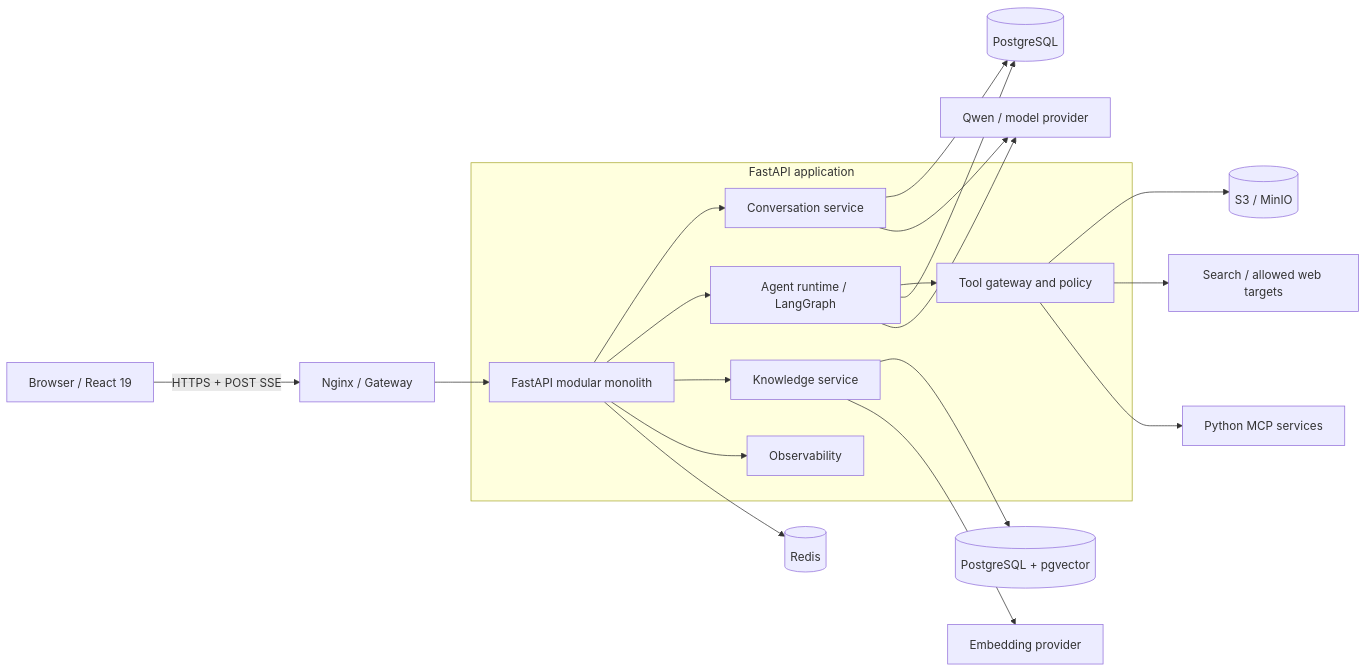
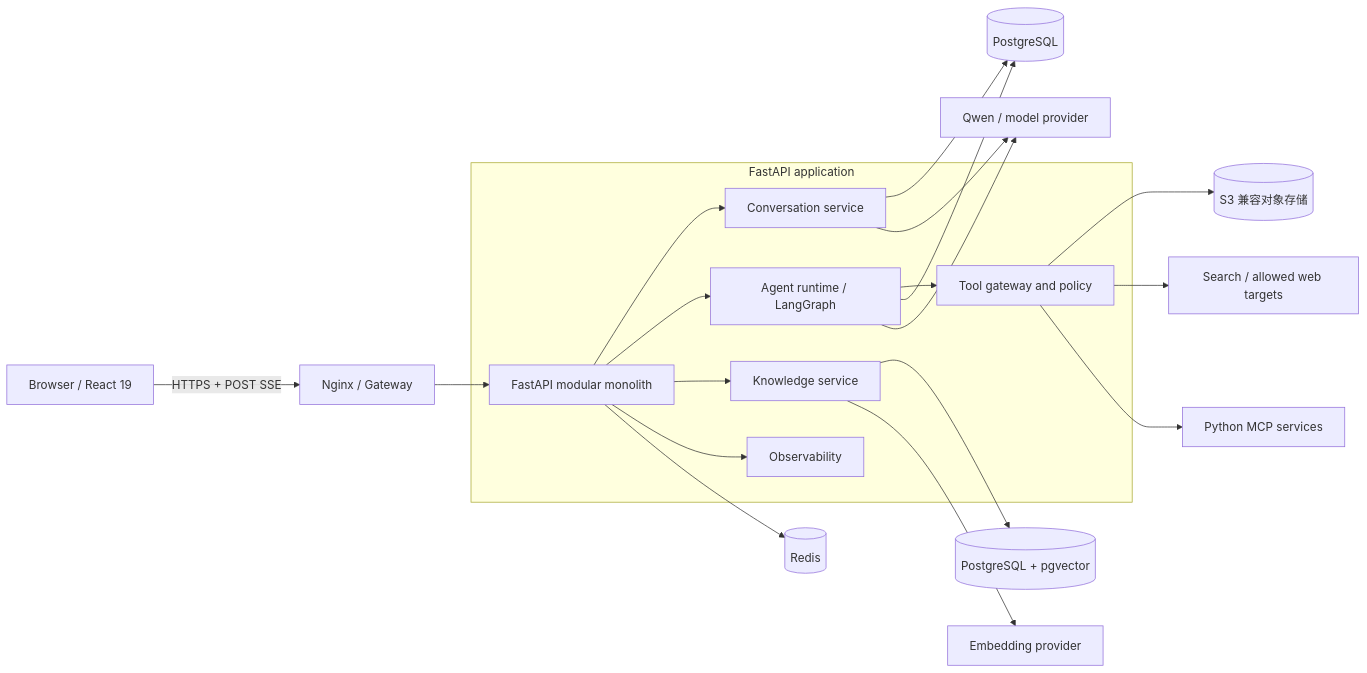
The diagram in docs/PRD-项目重构书.md (carryxiaoguo/ai-agent-langchain4j-SpringAI), drawn with Mermaid before and after one commit. The commit also changed other lines of this file and 7 other files, not shown here.

````diff
--- a/docs/PRD-项目重构书.md
+++ b/docs/PRD-项目重构书.md
@@ -191,24 +191,24 @@
 ```mermaid
 flowchart LR
     U["Browser / React 19"] -->|"HTTPS + POST SSE"| G["Nginx / Gateway"]
     G --> A["FastAPI modular monolith"]
 
     subgraph API["FastAPI application"]
         A --> C["Conversation service"]
         A --> R["Agent runtime / LangGraph"]
         A --> K["Knowledge service"]
         R --> T["Tool gateway and policy"]
         A --> O["Observability"]
     end
 
     C --> P[("PostgreSQL")]
     R --> P
     K --> V[("PostgreSQL + pgvector")]
     A --> D[("Redis")]
-    T --> S[("S3 / MinIO")]
+    T --> S[("S3 兼容对象存储")]
     C --> M["Qwen / model provider"]
     R --> M
     K --> E["Embedding provider"]
     T --> W["Search / allowed web targets"]
     T --> MC["Python MCP services"]
 ```
````
